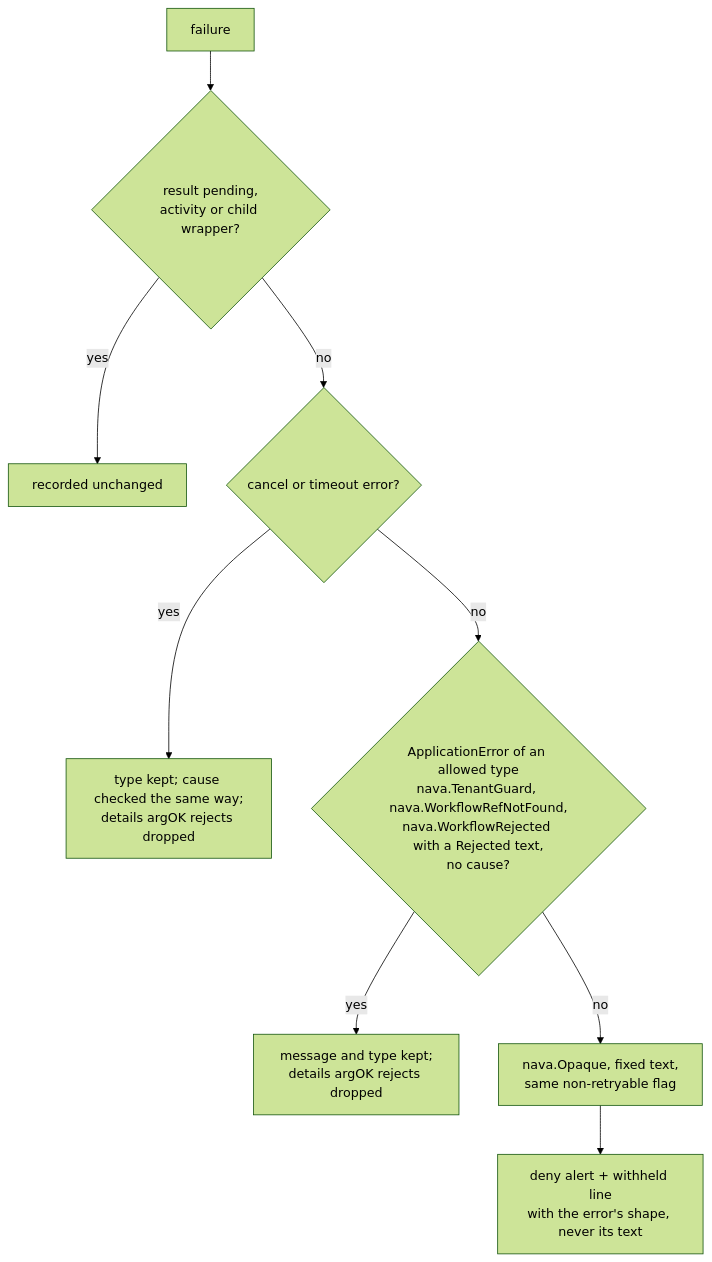
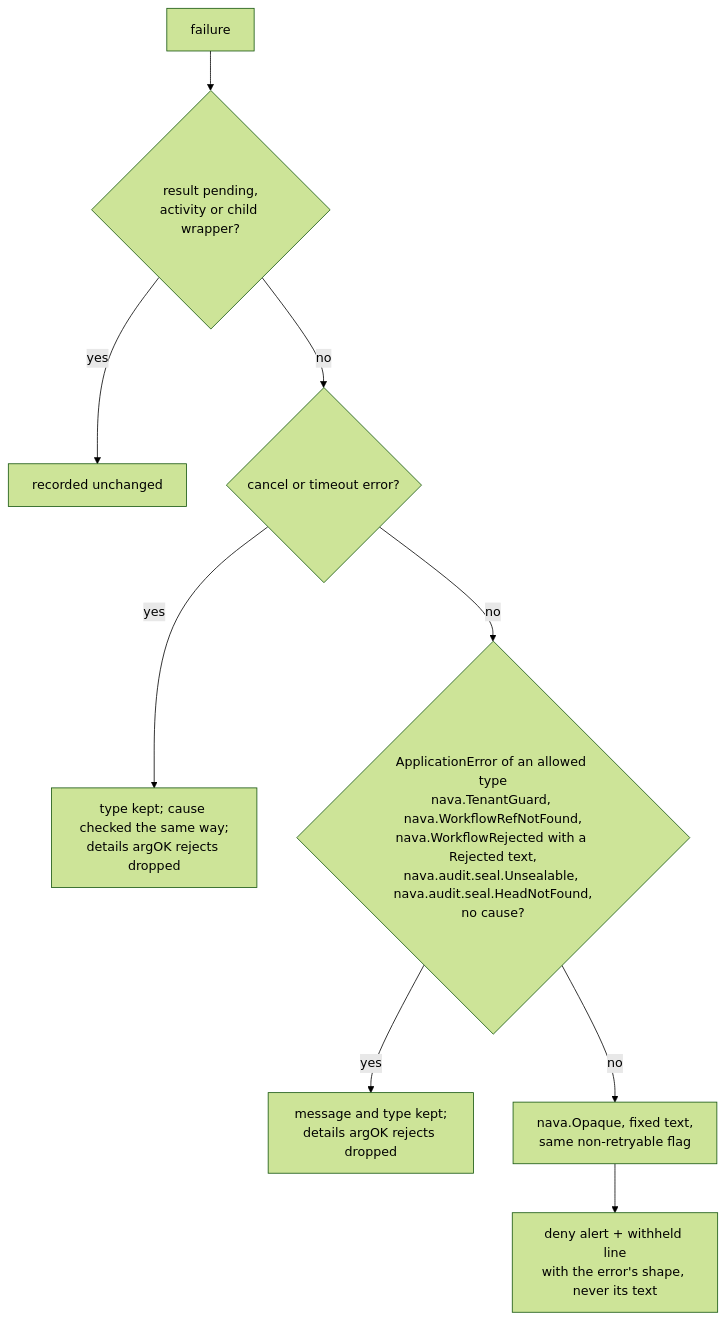
The fourth of 4 diagrams in docs/architecture/worker-guards.md (Navaladi2019/TicketingSystem), drawn with Mermaid (forest theme) before and after one commit. The commit also changed 9 other files, not shown here.

First line of the commit message:
TICK-585: allow-list the audit.seal failure types in the worker guard

````diff
--- a/docs/architecture/worker-guards.md
+++ b/docs/architecture/worker-guards.md
@@ -183,11 +183,11 @@
 ```mermaid
 flowchart TD
   E[failure] --> S{result pending,<br/>activity or child wrapper?}
   S -- yes --> P[recorded unchanged]
   S -- no --> C{cancel or timeout error?}
   C -- yes --> K[type kept; cause checked the same way;<br/>details argOK rejects dropped]
-  C -- no --> A{ApplicationError of an allowed type<br/>nava.TenantGuard, nava.WorkflowRefNotFound,<br/>nava.WorkflowRejected with a Rejected text,<br/>no cause?}
+  C -- no --> A{ApplicationError of an allowed type<br/>nava.TenantGuard, nava.WorkflowRefNotFound,<br/>nava.WorkflowRejected with a Rejected text,<br/>nava.audit.seal.Unsealable, nava.audit.seal.HeadNotFound,<br/>no cause?}
   A -- yes --> D[message and type kept;<br/>details argOK rejects dropped]
   A -- no --> O[nava.Opaque, fixed text,<br/>same non-retryable flag]
   O --> L[deny alert + withheld line<br/>with the error's shape, never its text]
 ```
````
